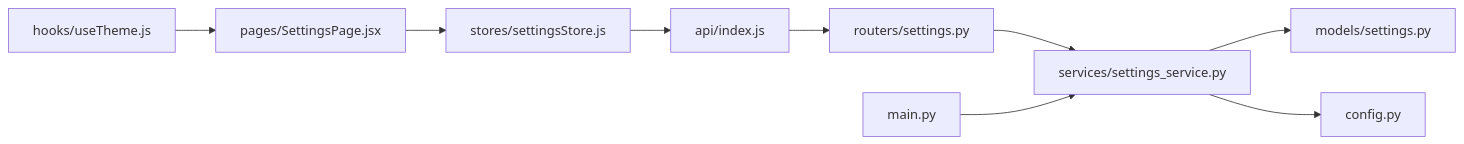
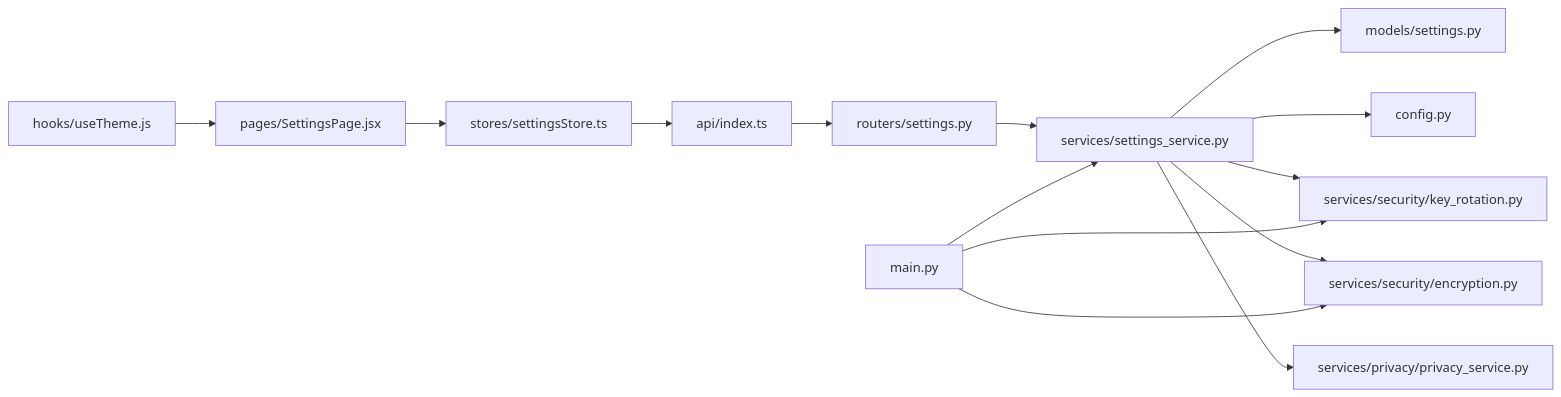
The fourth of 4 diagrams in .qoder/repowiki/zh/content/后端系统/业务服务层/设置服务.md (laohanhahaha/PaperChat), drawn with Mermaid before and after one commit. The commit also changed other lines of this file and 59 other files, not shown here.

````diff
--- a/.qoder/repowiki/zh/content/后端系统/业务服务层/设置服务.md
+++ b/.qoder/repowiki/zh/content/后端系统/业务服务层/设置服务.md
@@ -253,11 +289,16 @@
 ```mermaid
 graph LR
-FE_API["api/index.js"] --> BE_Router["routers/settings.py"]
+FE_API["api/index.ts"] --> BE_Router["routers/settings.py"]
 BE_Router --> BE_Service["services/settings_service.py"]
 BE_Service --> BE_Model["models/settings.py"]
 BE_Service --> BE_Config["config.py"]
-FE_Store["stores/settingsStore.js"] --> FE_API
+BE_Service --> BE_KeyRotation["services/security/key_rotation.py"]
+BE_Service --> BE_Encryption["services/security/encryption.py"]
+BE_Service --> BE_Privacy["services/privacy/privacy_service.py"]
+FE_Store["stores/settingsStore.ts"] --> FE_API
 FE_SettingsPage["pages/SettingsPage.jsx"] --> FE_Store
 FE_ThemeHook["hooks/useTheme.js"] --> FE_SettingsPage
 BE_App["main.py"] --> BE_Service
+BE_App --> BE_KeyRotation
+BE_App --> BE_Encryption
 ```
````
